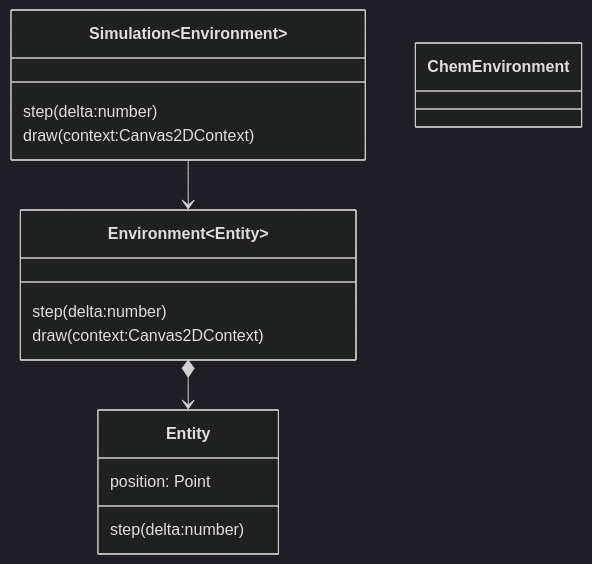
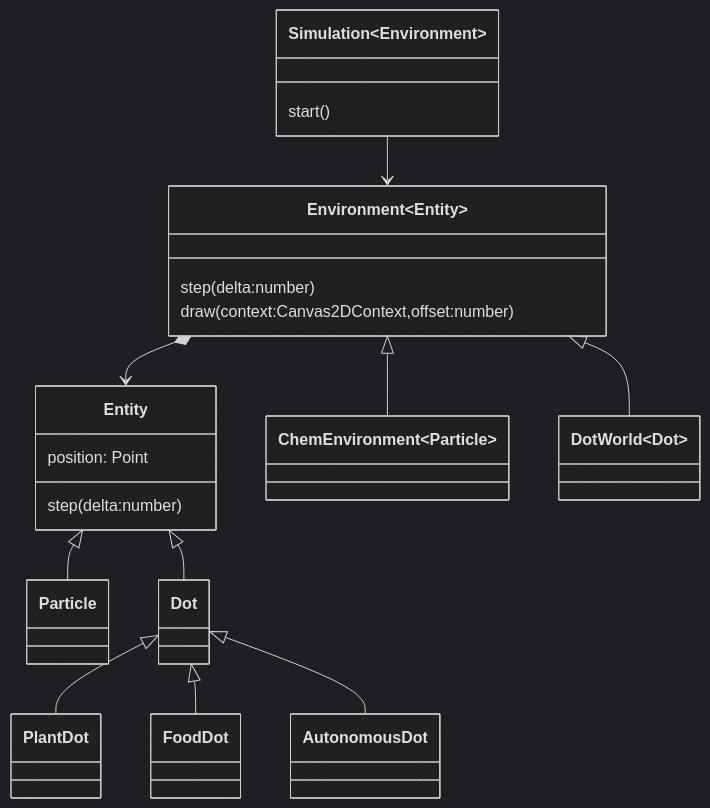
One commit to TSampley/TSampley.github.io changed the diagram in science/computing/simulation/index.md. Above: the diagram before and after it, drawn with Mermaid (dark theme). The commit also changed 7 other files, not shown here.

````diff
--- a/science/computing/simulation/index.md
+++ b/science/computing/simulation/index.md
@@ -8,26 +8,41 @@
 ```mermaid
 
 classDiagram
 
   class Entity {
     position: Point
     step(delta:number)
   }
 
+  class Environment~Entity~{
+    step(delta:number)
+    draw(context:Canvas2DContext,offset:number)
+  }
+  Environment *--> Entity
+
   class Simulation~Environment~{
-    step(delta:number)
-    draw(context:Canvas2DContext)
+    start()
   }
 
-  class Environment~Entity~{
-    step(delta:number)
-    draw(context:Canvas2DContext)
-  }
-
-  class ChemEnvironment
+  class Particle
+  Entity <|-- Particle
+  class ChemEnvironment~Particle~
+  Environment <|-- ChemEnvironment
 
   Simulation --> Environment
+  
+  class Dot
+  Entity <|-- Dot
+  class DotWorld~Dot~ {
 
-  Environment *--> Entity
+  }
+  Environment <|-- DotWorld
+
+  class PlantDot
+  Dot <|-- PlantDot
+  class FoodDot
+  Dot <|-- FoodDot
+  class AutonomousDot
+  Dot <|-- AutonomousDot
 
 ```
````
